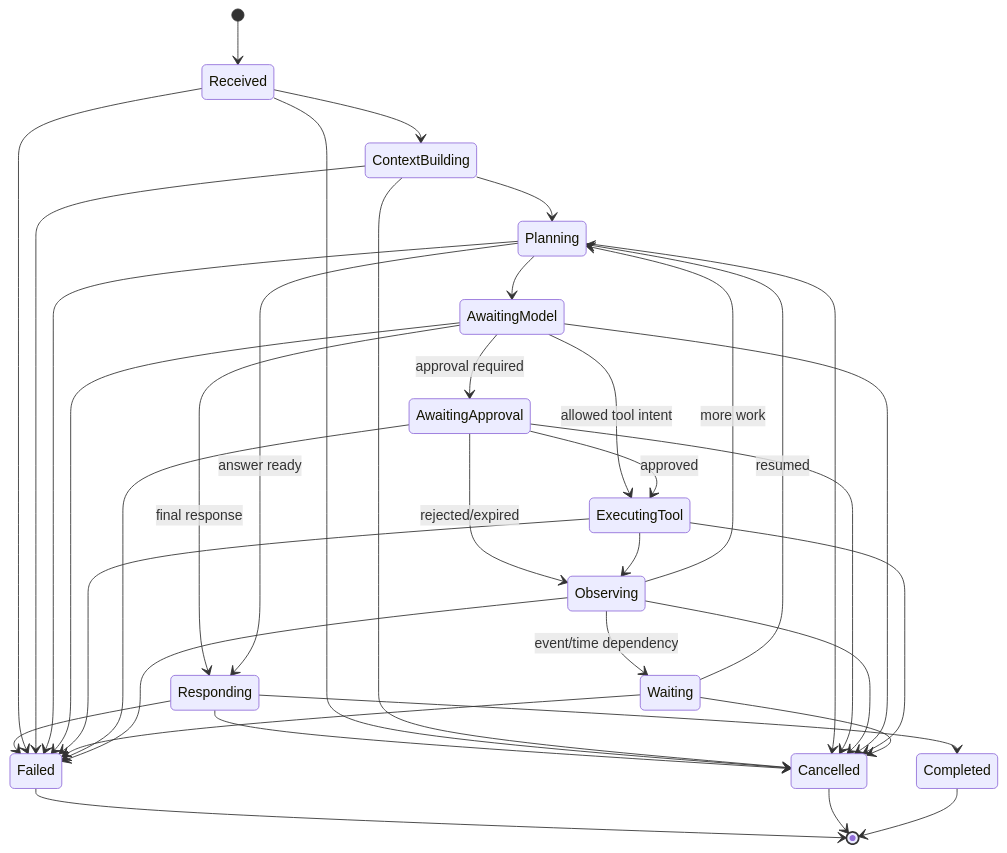
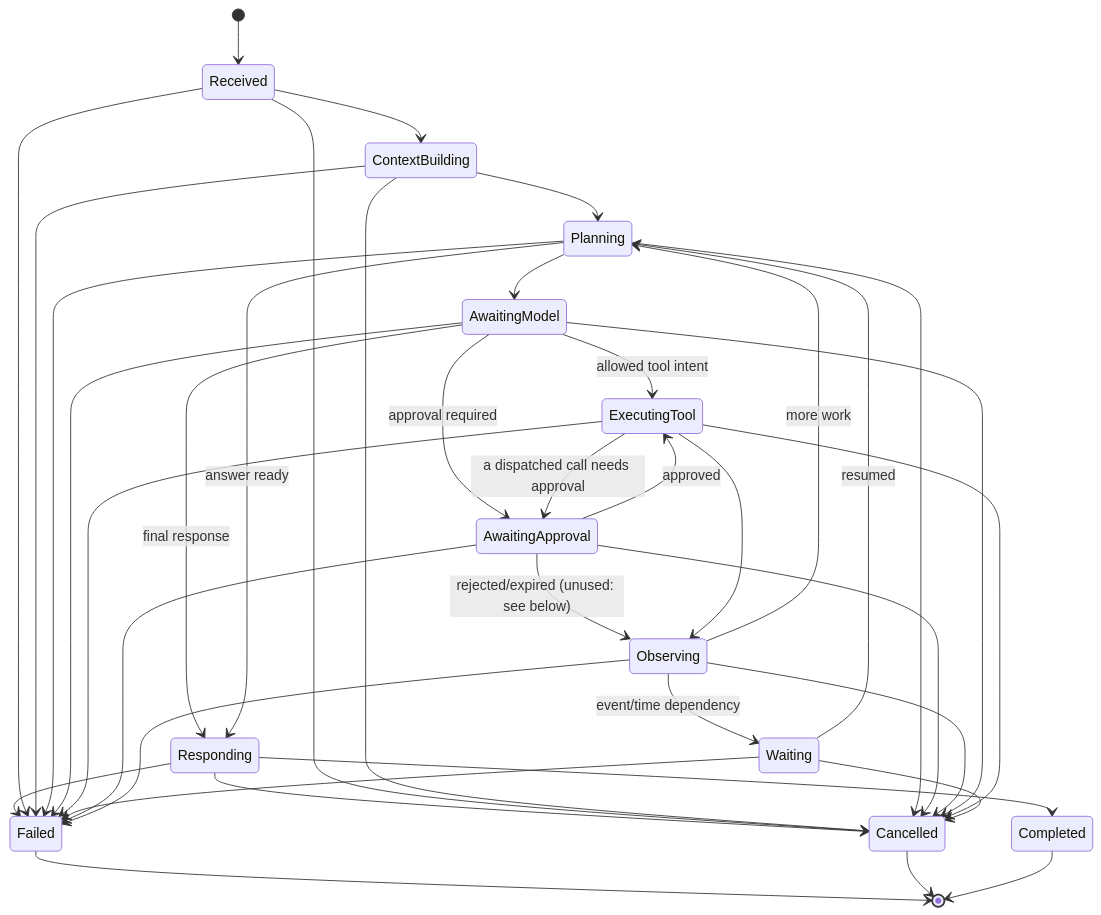
One commit to props-nothing/JARVIS changed the diagram in docs/architecture/agent-runtime.md. Above: the diagram before and after it, drawn with Mermaid. The commit also changed other lines of this file and 38 other files, not shown here.

````diff
--- a/docs/architecture/agent-runtime.md
+++ b/docs/architecture/agent-runtime.md
@@ -19,39 +19,40 @@
 ```mermaid
 stateDiagram-v2
     [*] --> Received
     Received --> ContextBuilding
     ContextBuilding --> Planning
     Planning --> AwaitingModel
     AwaitingModel --> Responding: final response
     AwaitingModel --> ExecutingTool: allowed tool intent
     AwaitingModel --> AwaitingApproval: approval required
     AwaitingApproval --> ExecutingTool: approved
-    AwaitingApproval --> Observing: rejected/expired
+    AwaitingApproval --> Observing: rejected/expired (unused: see below)
+    ExecutingTool --> AwaitingApproval: a dispatched call needs approval
     ExecutingTool --> Observing
     Observing --> Planning: more work
     Observing --> Waiting: event/time dependency
     Waiting --> Planning: resumed
     Planning --> Responding: answer ready
     Responding --> Completed
     Responding --> Failed
     Responding --> Cancelled
     Received --> Cancelled
     Received --> Failed
     ContextBuilding --> Failed
     ContextBuilding --> Cancelled
     Planning --> Failed
     Planning --> Cancelled
     AwaitingModel --> Failed
     ExecutingTool --> Failed
     Waiting --> Failed
     AwaitingApproval --> Cancelled
     AwaitingApproval --> Failed
     Observing --> Failed
     Observing --> Cancelled
     AwaitingModel --> Cancelled
     ExecutingTool --> Cancelled
     Waiting --> Cancelled
     Failed --> [*]
     Cancelled --> [*]
     Completed --> [*]
 ```
````
